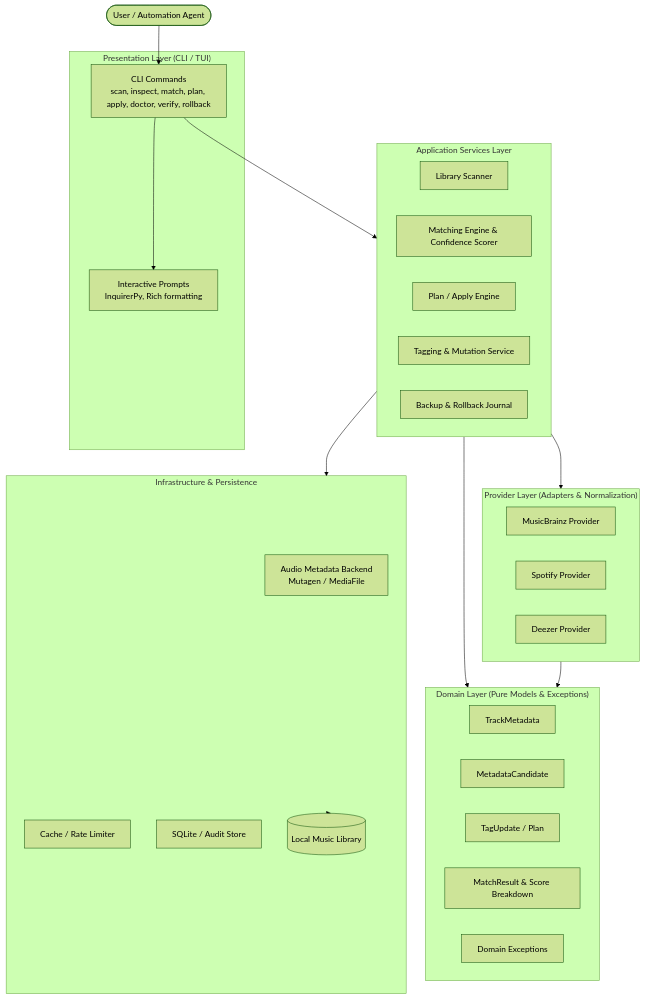
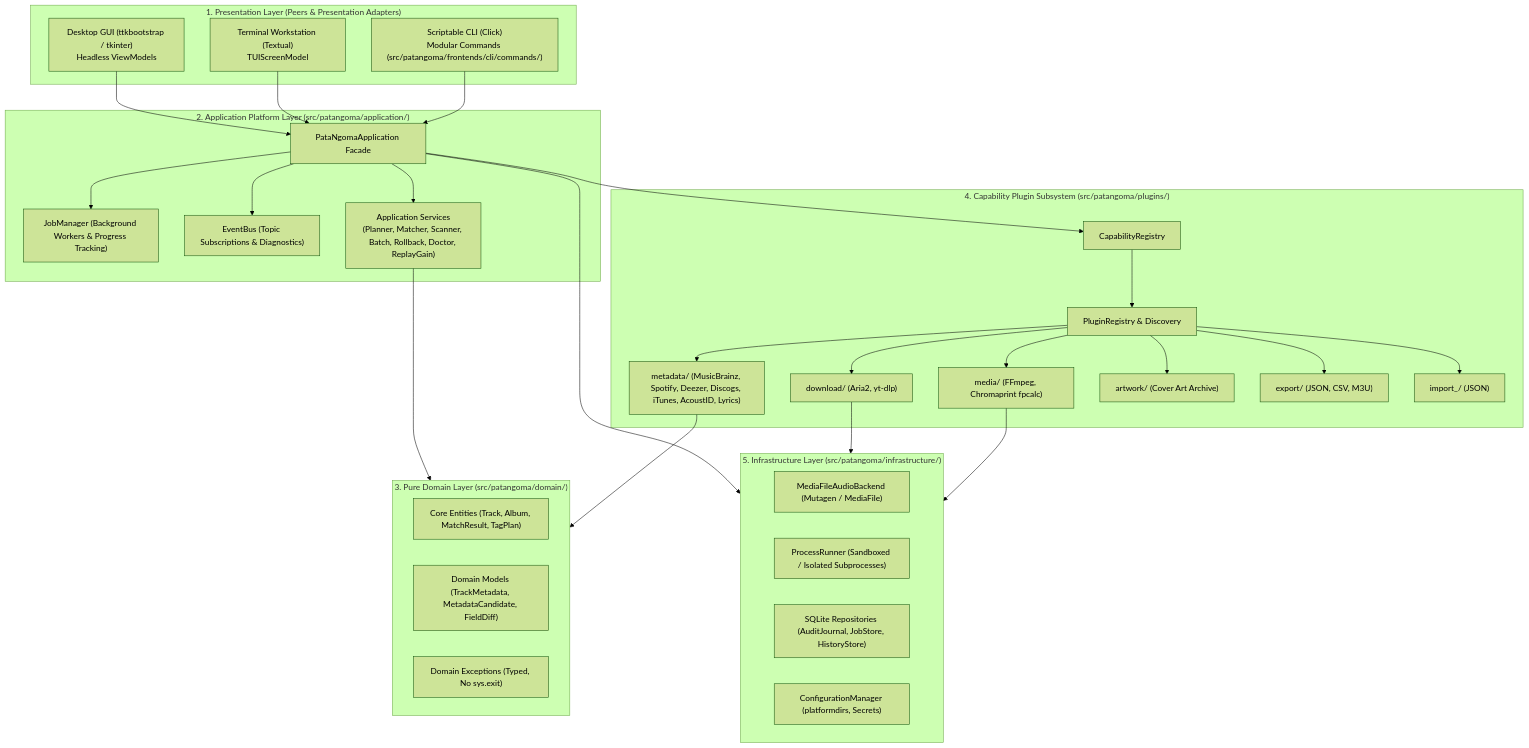
Before and after one commit to FourtyThree43/PataNgoma-AudioTagger-tool: the diagram in ARCHITECTURE.md, drawn with Mermaid (forest theme). The commit also changed other lines of this file and 1 other file, not shown here.

Commit message:
docs: update ARCHITECTURE.md with 5-layer platform topology and create SCREEN_CATALOGUE.md with 150-screen IA

````diff
--- a/ARCHITECTURE.md
+++ b/ARCHITECTURE.md
@@ -9,49 +25,62 @@
 ```mermaid
 flowchart TD
-    User([User / Automation Agent])
-    
-    subgraph Presentation["Presentation Layer (CLI / TUI)"]
-        CLI[CLI Commands\nscan, inspect, match, plan, apply, doctor, verify, rollback]
-        TUI[Interactive Prompts\nInquirerPy, Rich formatting]
+    subgraph Frontends["1. Presentation Layer (Peers & Presentation Adapters)"]
+        GUI["Desktop GUI (ttkbootstrap / tkinter)\nHeadless ViewModels"]
+        TUI["Terminal Workstation (Textual)\nTUIScreenModel"]
+        CLI["Scriptable CLI (Click)\nModular Commands (src/patangoma/frontends/cli/commands/)"]
     end
 
-    subgraph AppServices["Application Services Layer"]
-        ScanSvc[Library Scanner]
-        MatchEngine[Matching Engine & Confidence Scorer]
-        PlanEngine[Plan / Apply Engine]
-        TagSvc[Tagging & Mutation Service]
-        AuditSvc[Backup & Rollback Journal]
+    subgraph AppPlatform["2. Application Platform Layer (src/patangoma/application/)"]
+        Facade["PataNgomaApplication Facade"]
+        Jobs["JobManager (Background Workers & Progress Tracking)"]
+        Events["EventBus (Topic Subscriptions & Diagnostics)"]
+        Services["Application Services\n(Planner, Matcher, Scanner, Batch, Rollback, Doctor, ReplayGain)"]
     end
 
-    subgraph Domain["Domain Layer (Pure Models & Exceptions)"]
-        TrackMeta[TrackMetadata]
-        Candidate[MetadataCandidate]
-        TagDiff[TagUpdate / Plan]
-        MatchRes[MatchResult & Score Breakdown]
-        Exceptions[Domain Exceptions]
+    subgraph Domain["3. Pure Domain Layer (src/patangoma/domain/)"]
+        Entities["Core Entities (Track, Album, MatchResult, TagPlan)"]
+        Models["Domain Models (TrackMetadata, MetadataCandidate, FieldDiff)"]
+        Exceptions["Domain Exceptions (Typed, No sys.exit)"]
     end
 
-    subgraph Providers["Provider Layer (Adapters & Normalization)"]
-        MBProvider[MusicBrainz Provider]
-        SPProvider[Spotify Provider]
-        DZProvider[Deezer Provider]
+    subgraph Plugins["4. Capability Plugin Subsystem (src/patangoma/plugins/)"]
+        PluginReg["PluginRegistry & Discovery"]
+        CapReg["CapabilityRegistry"]
+        MetaPack["metadata/ (MusicBrainz, Spotify, Deezer, Discogs, iTunes, AcoustID, Lyrics)"]
+        DownPack["download/ (Aria2, yt-dlp)"]
+        MediaPack["media/ (FFmpeg, Chromaprint fpcalc)"]
+        ArtPack["artwork/ (Cover Art Archive)"]
+        ExpPack["export/ (JSON, CSV, M3U)"]
+        ImpPack["import_/ (JSON)"]
     end
 
-    subgraph Infrastructure["Infrastructure & Persistence"]
-        AudioBackend[Audio Metadata Backend\nMutagen / MediaFile]
-        LocalCache[Cache / Rate Limiter]
-        HistoryStore[SQLite / Audit Store]
-        Filesystem[(Local Music Library)]
+    subgraph Infrastructure["5. Infrastructure Layer (src/patangoma/infrastructure/)"]
+        AudioIO["MediaFileAudioBackend (Mutagen / MediaFile)"]
+        Runner["ProcessRunner (Sandboxed / Isolated Subprocesses)"]
+        Persistence["SQLite Repositories (AuditJournal, JobStore, HistoryStore)"]
+        Config["ConfigurationManager (platformdirs, Secrets)"]
     end
 
-    User --> CLI
-    CLI --> TUI
-    CLI --> AppServices
-    
-    AppServices --> Domain
-    AppServices --> Providers
-    AppServices --> Infrastructure
-    
-    Providers --> Domain
-    Infrastructure --> Filesystem
+    GUI --> Facade
+    TUI --> Facade
+    CLI --> Facade
+
+    Facade --> Jobs
+    Facade --> Events
+    Facade --> Services
+    Facade --> CapReg
+    Facade --> Infrastructure
+
+    Services --> Domain
+    CapReg --> PluginReg
+    PluginReg --> MetaPack
+    PluginReg --> DownPack
+    PluginReg --> MediaPack
+    PluginReg --> ArtPack
+    PluginReg --> ExpPack
+    PluginReg --> ImpPack
+
+    MetaPack --> Domain
+    DownPack --> Infrastructure
+    MediaPack --> Infrastructure
 ```
````
